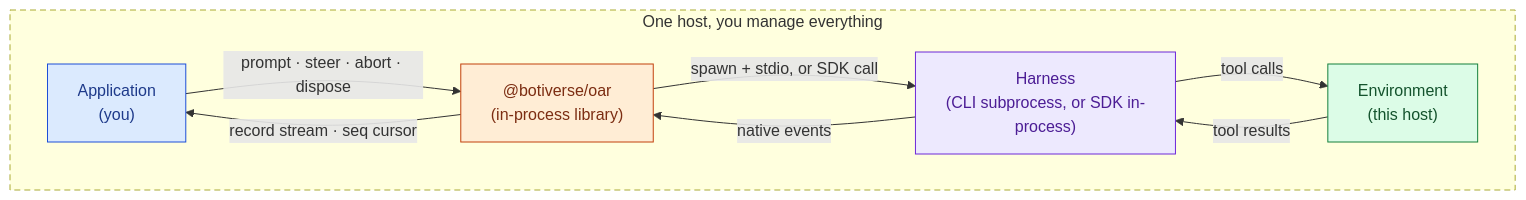
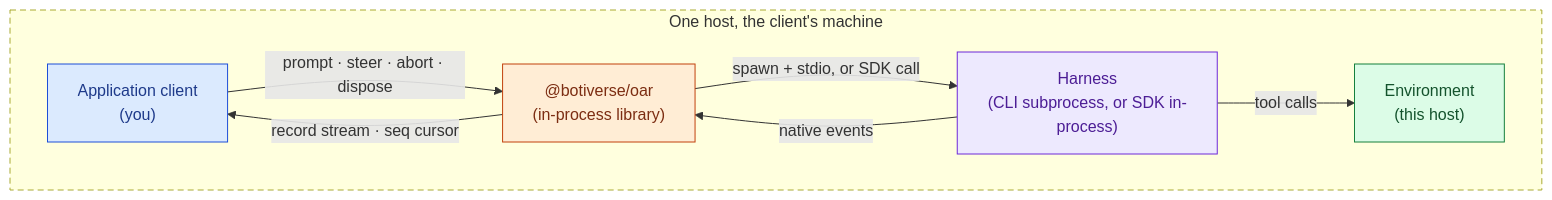
Before and after one commit to botiverse/oar: the ninth of 12 diagrams in docs/design/patterns.md, drawn with Mermaid. The commit also changed other lines of this file and 1 other file, not shown here.

First line of the commit message:
docs(design): rewrite deployment patterns around the client and server split

````diff
--- a/docs/design/patterns.md
+++ b/docs/design/patterns.md
@@ -733,21 +802,20 @@
 ```mermaid
 flowchart LR
-  subgraph host["One host, you manage everything"]
+  subgraph host["One host, the client's machine"]
     direction LR
-    App["Application<br/>(you)"]:::app
+    Client["Application client<br/>(you)"]:::app
     Oar["@botiverse/oar<br/>(in-process library)"]:::oar
     Harness["Harness<br/>(CLI subprocess, or SDK in-process)"]:::harness
     Env["Environment<br/>(this host)"]:::env
   end
-  App -- "prompt · steer · abort · dispose" --> Oar
-  Oar -- "record stream · seq cursor" --> App
+  Client -- "prompt · steer · abort · dispose" --> Oar
+  Oar -- "record stream · seq cursor" --> Client
   Oar -- "spawn + stdio, or SDK call" --> Harness
   Harness -- "native events" --> Oar
   Harness -- "tool calls" --> Env
-  Env -- "tool results" --> Harness
   style host stroke-dasharray: 6 4
   classDef app fill:#dbeafe,stroke:#1d4ed8,color:#1e3a8a
   classDef harness fill:#ede9fe,stroke:#6d28d9,color:#4c1d95
   classDef env fill:#dcfce7,stroke:#15803d,color:#14532d
   classDef oar fill:#ffedd5,stroke:#c2410c,color:#7c2d12
 ```
````
